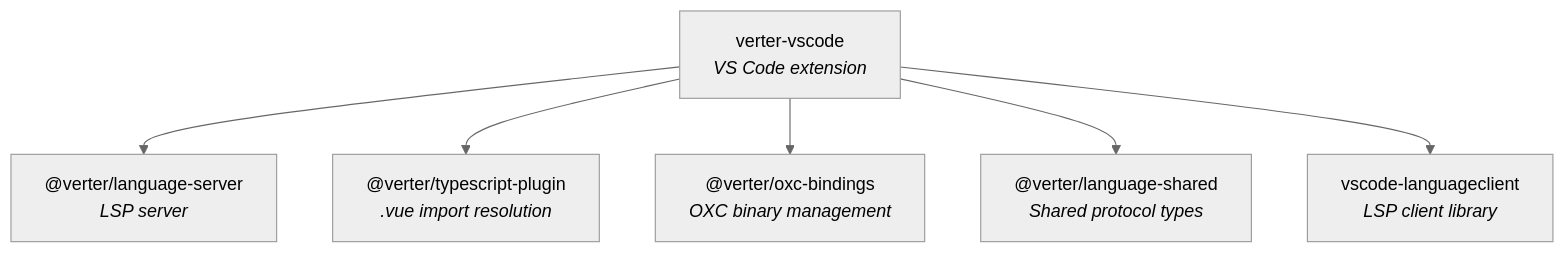
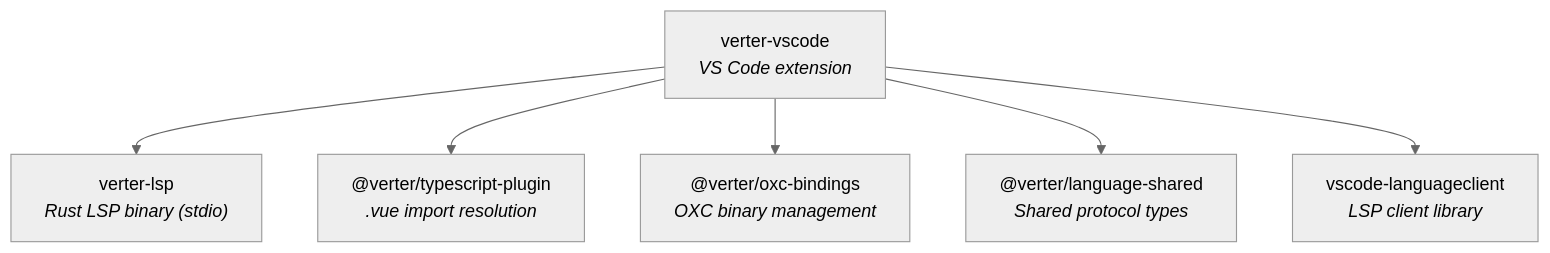
Before and after one commit to pikax/verter: the first of 3 diagrams in packages/vue-vscode/readme.md, drawn with Mermaid (neutral theme). The commit also changed other lines of this file and 569 other files, not shown here.

````diff
--- a/packages/vue-vscode/readme.md
+++ b/packages/vue-vscode/readme.md
@@ -56,15 +56,15 @@
 ```mermaid
 graph TD
     EXT["verter-vscode<br/><i>VS Code extension</i>"]
-    LS["@verter/language-server<br/><i>LSP server</i>"]
+    LSP["verter-lsp<br/><i>Rust LSP binary (stdio)</i>"]
     TSP["@verter/typescript-plugin<br/><i>.vue import resolution</i>"]
     OXC["@verter/oxc-bindings<br/><i>OXC binary management</i>"]
     LSH["@verter/language-shared<br/><i>Shared protocol types</i>"]
     VLC["vscode-languageclient<br/><i>LSP client library</i>"]
 
-    EXT --> LS
+    EXT --> LSP
     EXT --> TSP
     EXT --> OXC
     EXT --> LSH
     EXT --> VLC
 ```
````
